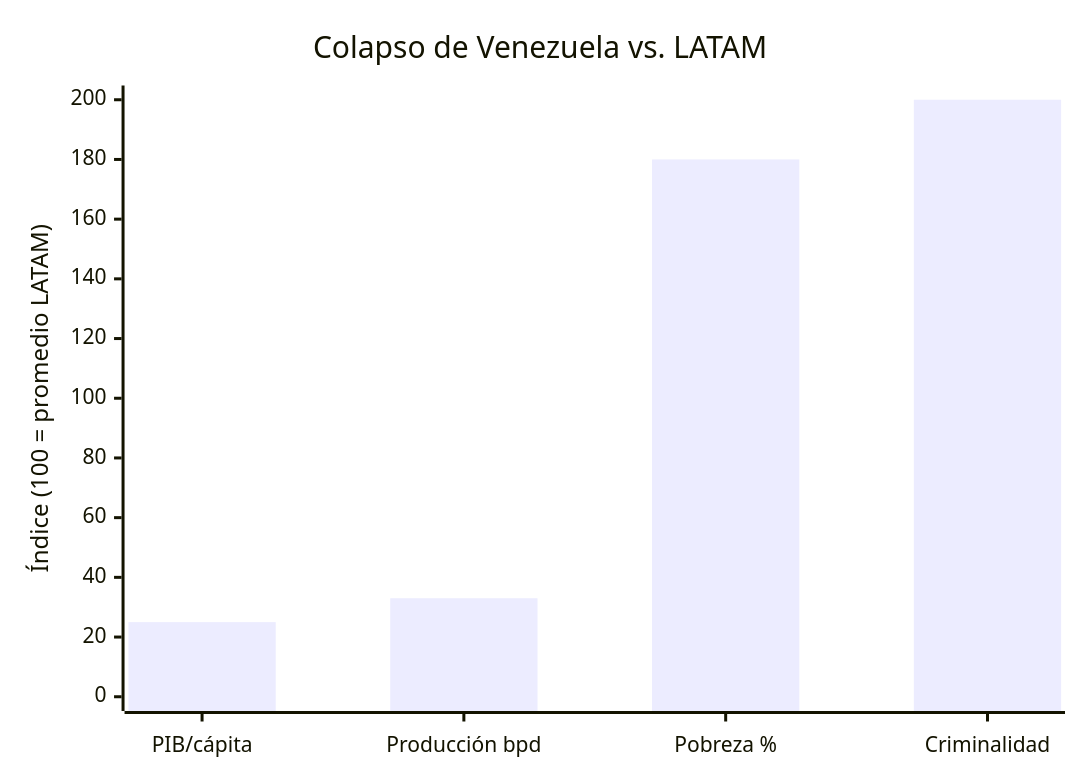
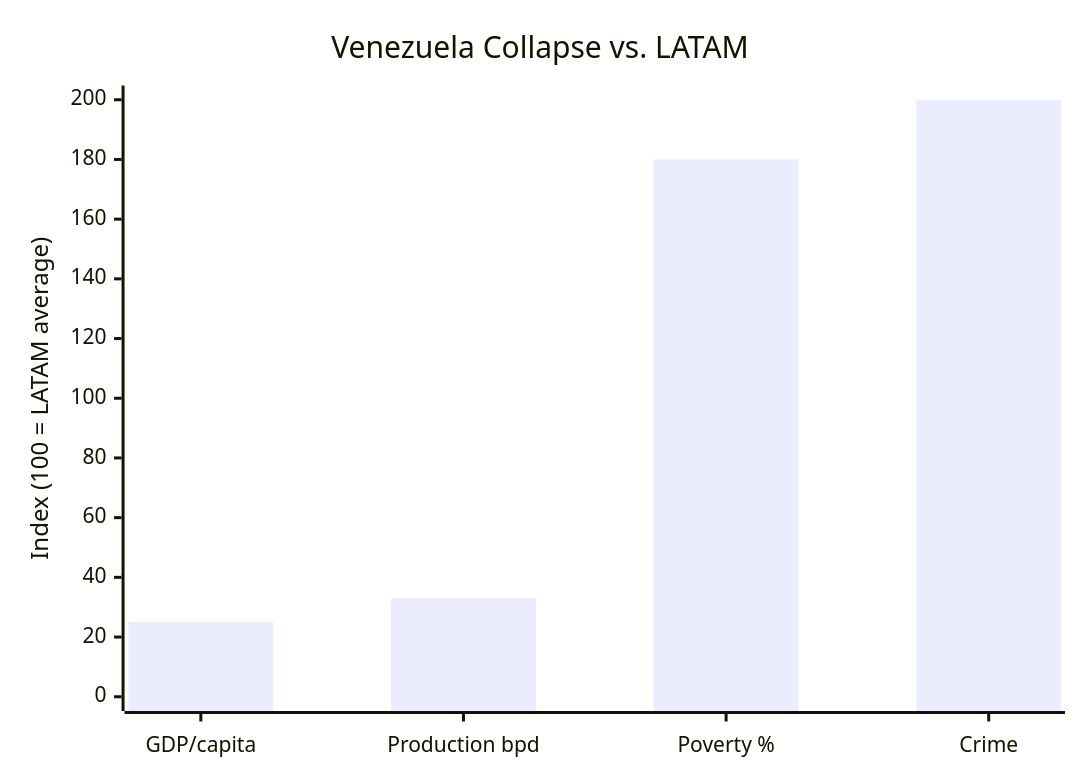
One commit to Venezuela-S-A/venezuela-sa changed the first of 4 diagrams in i18n/en/docusaurus-plugin-content-docs/current/08-pitch/pitch-deck.md. Above: the diagram before and after it, drawn with Mermaid. The commit also changed other lines of this file and 127 other files, not shown here.

````diff
--- a/i18n/en/docusaurus-plugin-content-docs/current/08-pitch/pitch-deck.md
+++ b/i18n/en/docusaurus-plugin-content-docs/current/08-pitch/pitch-deck.md
@@ -14,7 +14,7 @@
 ```mermaid
 xychart-beta
-    title "Colapso de Venezuela vs. LATAM"
-    x-axis ["PIB/cápita", "Producción bpd", "Pobreza %", "Criminalidad"]
-    y-axis "Índice (100 = promedio LATAM)" 0 --> 200
+    title "Venezuela Collapse vs. LATAM"
+    x-axis ["GDP/capita", "Production bpd", "Poverty %", "Crime"]
+    y-axis "Index (100 = LATAM average)" 0 --> 200
     bar [25, 33, 180, 200]
 ```
````
